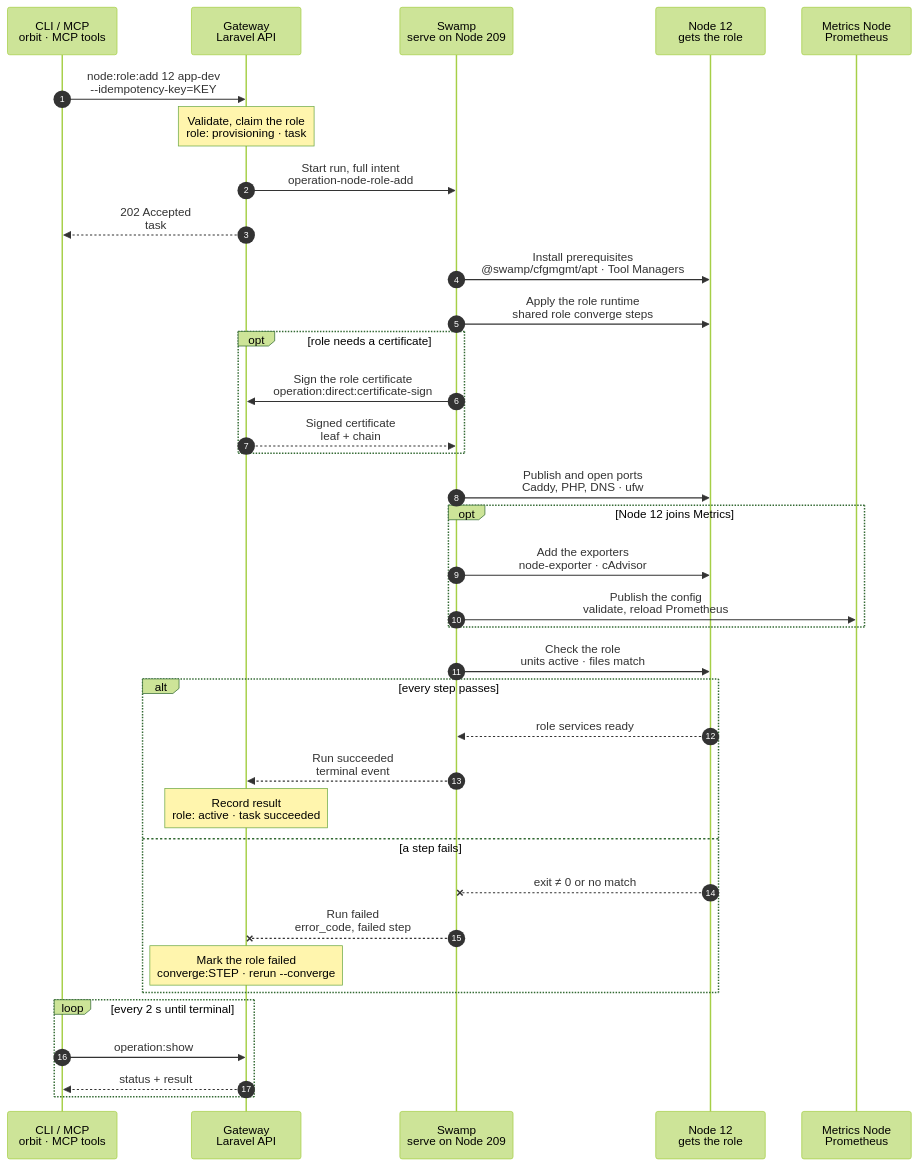
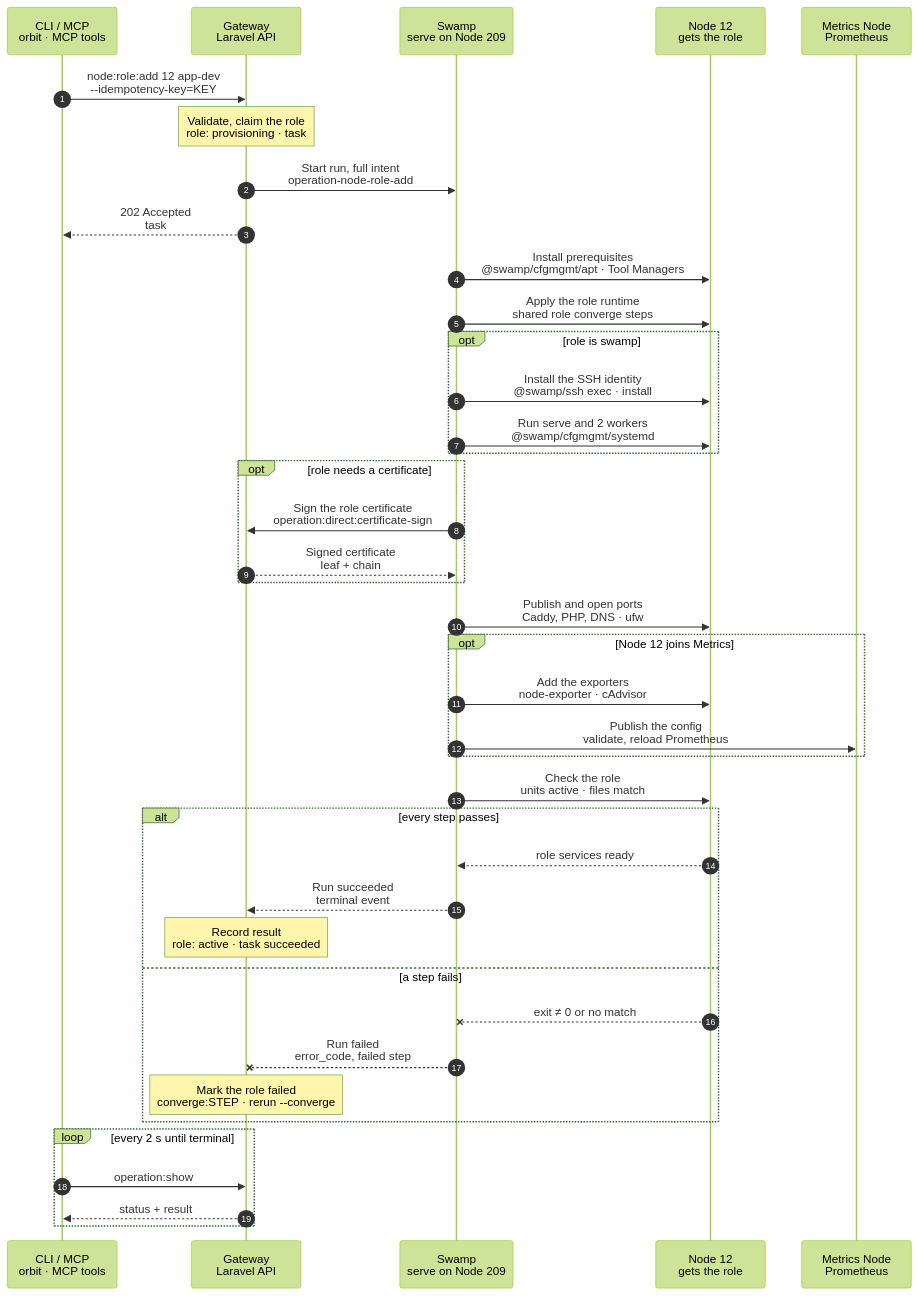
The diagram in docs/flows/node.role_add.mmd (hardimpactdev/orbit), drawn with Mermaid (forest theme) before and after one commit. The commit also changed 3 other files, not shown here.

First line of the commit message:
docs(flows): chart the whole swamp role runtime and the datastore watch

```diff
--- a/docs/flows/node.role_add.mmd
+++ b/docs/flows/node.role_add.mmd
@@ -1,154 +1,183 @@
 sequenceDiagram
   %% Target design: ADR 0243/0244 task, DECISIONS R1-R4 + 5 (shared SSH identity), metrics.exporter_enable decisions, single-swamp-node. docs/cli/node.mdx#orbit-noderoleadd, docs/reference/node-provisioning.md.
   %% status: draft
   %% command: node:role:add
   autonumber
   %% lane CLI icon=terminal pill=caller tone=gray
   %% lane GW icon=gateway pill=intent tone=blue
   %% lane SW icon=workflow pill=executes tone=green
   %% lane N icon=server pill=target tone=amber
   %% lane M icon=server pill=target tone=purple
   participant CLI as CLI / MCP<br/>orbit · MCP tools
   participant GW as Gateway<br/>Laravel API
   participant SW as Swamp<br/>serve on Node 209
   participant N as Node 12<br/>gets the role
   participant M as Metrics Node<br/>Prometheus
   CLI->>GW: node:role:add 12 app-dev<br/>--idempotency-key=KEY
   %%> Command:
   %%> - `orbit node:role:add 12 app-dev`
   %%> - syntax: `<node> <role> [--converge] [--postgres-process=ID] [--clickhouse-process=ID] [--idempotency-key=KEY] [--json]`
   %%> Input:
   %%> - the Node, by id or exact name, and the role, such as `app-dev`, `app-prod`, `ingress`, `database`, `websocket`, `analytics`, `ci-runner`, `gateway` or `swamp`
   %%> - for `analytics` only: the PostgreSQL and ClickHouse Processes; in a terminal the CLI asks for them
   %%> - `--converge` converges a role the Node already has; that is `node.role_converge`, with its own chart
   %%> Who can call it:
   %%> - the `orbit` CLI and the MCP tool send the same request
   Note over GW: Validate, claim the role<br/>role: provisioning · task #5170
   %%> Requirements:
   %%> - your Node has an access grant to Node 12
   %%> - Node 12 is an active, managed Linux Node
   %%> - the role is not `vpn` or `router`; those are protected from this command
   %%> - Node 12 doesn't have the role yet, and holds no role it conflicts with, such as `app-prod` beside `app-dev`
   %%> - a singleton role, such as `gateway` or `swamp`, has no holder yet; to move one, use `node:role:relocate`
   %%> - one role operation per Node: the Gateway holds a role lock for Node 12 and waits up to 2 minutes for a busy one, then refuses with `node_role.node_busy`
   %%> Builds:
   %%> - the role plan: packages, files, units, Caddy sites, PHP settings, firewall rules and certificate requests
   %%> - the Metrics fleet change, when Node 12 becomes a selected exporter
   %%> Secrets:
   %%> - role credentials go to the Swamp vault as execution copies; the inputs hold only their key names
   %%> Result:
   %%> - the `app-dev` assignment recorded with status provisioning
   %%> - task #5170 recorded with the full intent
   %%> - nothing has happened on the Node yet
   GW->>SW: Start run, full intent<br/>operation-node-role-add
   %%> What it does:
   %%> - starts one Swamp run on serve (Node 209)
   %%> Inputs:
   %%> - the role plan with its files and digests
   %%> - the vault key names of the role credentials
   %%> - Node 12's and the Metrics Node's addresses and SSH host keys; the SSH identity comes from the `swamp` role
   GW-->>CLI: 202 Accepted<br/>task #5170
   %%> What you get:
   %%> - the task number, at once
   %%> Next:
   %%> - the CLI follows the task with `operation:show`
   SW->>N: Install prerequisites<br/>@swamp/cfgmgmt/apt · Tool Managers
   %%> What it does:
   %%> - checks the Ubuntu release the role supports, then installs the role's packages
   %%> - waits for a busy apt lock within the run's time budget
   %%> Per role:
   %%> - `app-dev`, `app-prod`: the pinned PHP build and JavaScript runtimes, the `vp` and `composer` Tool Managers through the shared Tool Manager setup step, and `<home>/apps` for `app-dev`
   %%> - Caddy roles: the pinned Caddy release, only when Caddy is missing or below the floor
   %%> - `database`, `analytics`: the Docker engine
   %%> - `ci-runner`: the Incus host boundary
   %%> How:
   %%> - official `@swamp/cfgmgmt` behaviors (apt, fetch, file) over SSH from 209
   SW->>N: Apply the role runtime<br/>shared role converge steps
   %%> What it does:
   %%> - runs the same steps as role converge (`node.role_converge`): files, units and services of the role
   %%> Per role:
   %%> - Caddy roles: the Caddyfile, validated first, then a graceful Caddy reload
   %%> - `app-dev`, `app-prod`: the managed PHP-FPM module; a graceful reload of valid running masters
   %%> - `app-dev`: the `/etc/tmpfiles.d/orbit.conf` rule for `/tmp/orbit-*` and `/dev/shm/orbit-*`
   %%> - `websocket`: the Reverb service
   %%> - `analytics`: Plausible, beside the given storage Processes
-  %%> - `swamp`: Orbit's Caddy and the 2 worker services `orbit-swamp-worker@a` and `@b`
+  %%> - `swamp`: Orbit's Caddy; serve and its workers follow in their own steps
   %%> - `metrics`: Prometheus and Grafana, with the same steps as `metrics:enable`
   %%> How:
   %%> - official `@swamp/cfgmgmt` behaviors (file, systemd, docker) over SSH from 209
   %%> Not included:
   %%> - the Node agent, its files and the Orbit CLI; `node:converge` owns them
+  opt role is swamp
+    SW->>N: Install the SSH identity<br/>@swamp/ssh exec · install
+    %%> What it does:
+    %%> - copies the Node's `node-proxy` key to `/etc/orbit/swamp-role-worker/ssh-identity`, owned by root and readable by the workers' account (`0440`)
+    %%> - one `install` command; repeating it changes nothing
+    %%> Why:
+    %%> - every Swamp step reaches its Node over SSH with this key
+    %%> Requirements:
+    %%> - an operator bootstraps the first swamp Node; until this step has run once, no worker holds the key
+    SW->>N: Run serve and 2 workers<br/>@swamp/cfgmgmt/systemd
+    %%> What it does:
+    %%> - writes `orbit-swamp-serve.service` and the worker template `orbit-swamp-worker@.service` from the role plan; systemd reloads only when one changed
+    %%> - enables serve and the workers `@a` and `@b`, and starts any that is stopped
+    %%> Serve:
+    %%> - `swamp serve` on `127.0.0.1:9418` from the serve checkout, with at most 4 scheduled runs in flight and a 5-minute shutdown drain
+    %%> - never restarted here: a changed serve unit takes effect at serve's next restart, which an operator makes in a quiet window
+    %%> Workers:
+    %%> - each reaches serve on loopback with 8 dispatch slots and the labels `role=swamp` and `node=12`
+    %%> - a running worker is never stopped or restarted here, because runs may be on it; a changed worker unit takes effect at the worker's next restart
+    %%> Requirements:
+    %%> - placed by an operator: the pinned `swamp` binary, each worker's enrollment and server tokens in `/etc/orbit/swamp-role-worker/<a|b>/`, and the serve checkout
+    %%> - nothing reads them first: a missing one fails the start with `swamp.worker_unit_failed` or `swamp.serve_unit_failed`
+    %%> Not included:
+    %%> - serve's grants files and `swamp access reload`: they follow the checkout, so the release's Swamp load applies them (`gateway.swamp_load`)
+    %%> - the datastore watch: a native schedule among the repository's workflows, which serve loads with each release (`swamp.datastore_watch`)
+    %%> How:
+    %%> - `@swamp/cfgmgmt/systemd` with the unit content, over SSH from 209
+  end
   opt role needs a certificate
     SW->>GW: Sign the role certificate<br/>operation:direct:certificate-sign
     %%> When:
     %%> - the role serves TLS with an Orbit certificate, for example `database` or `websocket`
     %%> How:
     %%> - a step creates the key on Node 12 and reads only the CSR
     %%> - the Gateway signs the CSR with the Orbit CA; this is the one call a step may make to the Gateway
     %%> Why:
     %%> - the private key never leaves Node 12, and the CA key never leaves the Gateway
     GW-->>SW: Signed certificate<br/>leaf + chain
     %%> What happens next:
     %%> - Swamp writes the certificate beside its key on Node 12 and activates it
   end
   SW->>N: Publish and open ports<br/>Caddy, PHP, DNS · ufw
   %%> What it does:
   %%> - publishes the role's Caddy sites and PHP pools, validates them, and reloads gracefully
   %%> - adds the role's managed firewall rules with `@swamp/cfgmgmt/firewall`
   %%> - publishes the role's private DNS names, such as the Reverb host, through the shared DNS step on the `vpn` Node
   %%> First role:
   %%> - removes the public SSH rule, so Node 12 is reached only over WireGuard from then on
   opt Node 12 joins Metrics
     SW->>N: Add the exporters<br/>node-exporter · cAdvisor
     %%> When:
     %%> - a Metrics role exists, and this role makes Node 12 a selected exporter; every role takes part except `swamp`
     %%> What it does:
     %%> - the same steps as `metrics:exporter:enable`: the exporters, their WireGuard listeners, and the Metrics Node's firewall allows
     SW->>M: Publish the config<br/>validate, reload Prometheus
     %%> What it does:
     %%> - validates the new Prometheus configuration with `promtool`, publishes it, and reloads Prometheus while it runs
     %%> - no restart, so collection from other Nodes continues
   end
   SW->>N: Check the role<br/>units active · files match
   %%> What it does:
   %%> - checks the role's services are active and answer, such as Caddy, PHP-FPM or Reverb
   %%> - reads each applied file back and compares it with its digest
+  %%> - `swamp`: the `check` of each `@swamp/cfgmgmt/systemd` step and of the identity file, then a native `assert` fails the run on any drift
   %%> Why:
   %%> - the role only counts as active when Node 12 shows it
   alt every step passes
     N-->>SW: role services ready
     %%> Returns:
     %%> - the check passed for every part of the role
     SW-->>GW: Run succeeded<br/>terminal event
     %%> How the Gateway learns it:
     %%> - its shared run reader sees the terminal event; Swamp never calls the Gateway for a result
     Note over GW: Record result<br/>role: active · task succeeded
     %%> Result:
     %%> - the `app-dev` role on Node 12 becomes active, with the digest of each applied part
     %%> - Node 12's exporter is recorded as active, when it joined Metrics
     %%> - task #5170 succeeds
   else a step fails
     N--xSW: exit ≠ 0 or no match
     %%> When:
     %%> - a package, file, unit, Caddy validation, certificate, firewall or check step fails
     SW--xGW: Run failed<br/>error_code, failed step
     %%> The Gateway reads:
     %%> - which step failed and its error code
     Note over GW: Mark the role failed<br/>converge:STEP · rerun --converge
     %%> Result:
     %%> - the role stays recorded, marked failed at `converge:STEP` with the step's own error code
     %%> - task #5170 fails
     %%> On the Node:
     %%> - finished steps stay; there is no rollback
     %%> - that is safe: every step is idempotent and Caddy is never reloaded with a config that fails validation
     %%> Retry:
     %%> - run `orbit node:role:add 12 app-dev --converge` after fixing the cause
   end
   loop every 2 s until terminal
     CLI->>GW: operation:show #5170
     %%> What it does:
     %%> - asks for the task's status every 2 seconds until it has ended
     GW-->>CLI: status + result
     %%> Returns:
     %%> - the current status, and the result once the task has ended
   end
```
